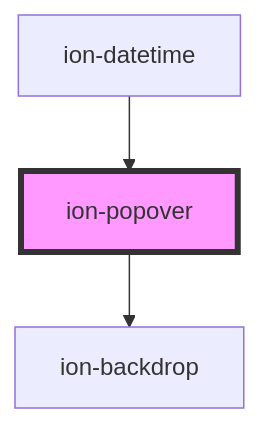
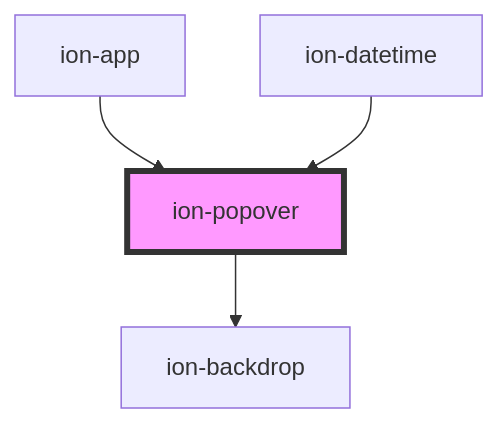
One commit to Ryu9425/ang_ionic changed the diagram in core/src/components/popover/readme.md. Above: the diagram before and after it, drawn with Mermaid. The commit also changed other lines of this file and 11 other files, not shown here.

Commit message:
fix(overlays): overlays are defined by ion-app; ion-select-popover is defined by ion-select

````diff
--- a/core/src/components/popover/readme.md
+++ b/core/src/components/popover/readme.md
@@ -645,6 +646,7 @@
 ```mermaid
 graph TD;
   ion-popover --> ion-backdrop
+  ion-app --> ion-popover
   ion-datetime --> ion-popover
   style ion-popover fill:#f9f,stroke:#333,stroke-width:4px
 ```
````
